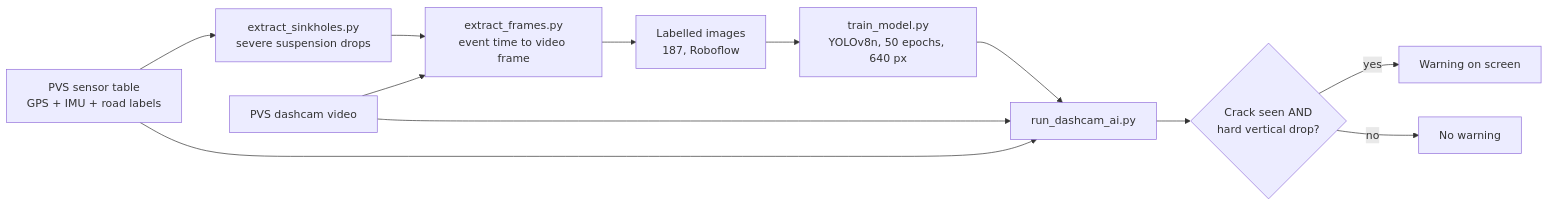
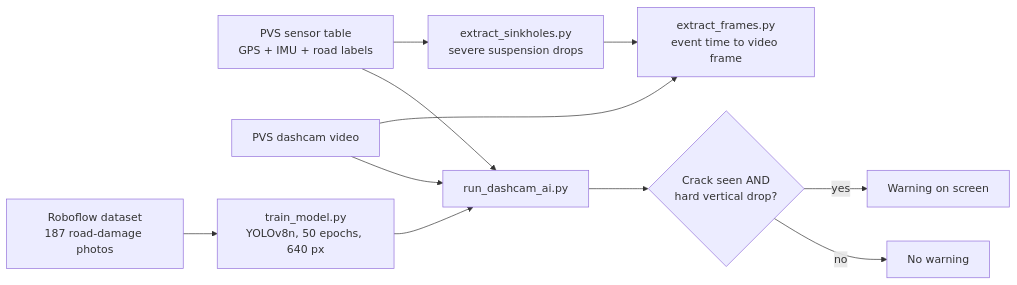
One commit to asyedamaar-ops/road-hazard-vision-sensor-fusion changed the diagram in README.md. Above: the diagram before and after it, drawn with Mermaid. The commit also changed other lines of this file and 3 other files, not shown here.

````diff
--- a/README.md
+++ b/README.md
@@ -25,14 +25,13 @@
 ```mermaid
 flowchart LR
     A[PVS sensor table<br/>GPS + IMU + road labels] --> B[extract_sinkholes.py<br/>severe suspension drops]
     B --> C[extract_frames.py<br/>event time to video frame]
     V[PVS dashcam video] --> C
-    C --> D[Labelled images<br/>187, Roboflow]
-    D --> E[train_model.py<br/>YOLOv8n, 50 epochs, 640 px]
+    D[Roboflow dataset<br/>187 road-damage photos] --> E[train_model.py<br/>YOLOv8n, 50 epochs, 640 px]
     E --> F[run_dashcam_ai.py]
     V --> F
     A --> F
     F --> G{Crack seen AND<br/>hard vertical drop?}
     G -- yes --> H[Warning on screen]
     G -- no --> I[No warning]
 ```
````
